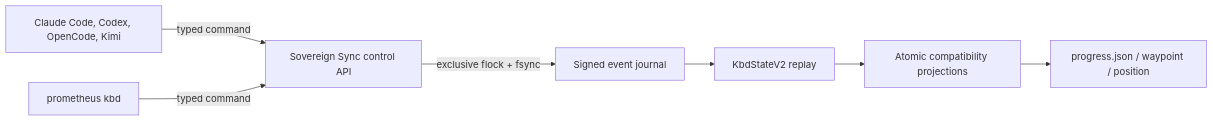
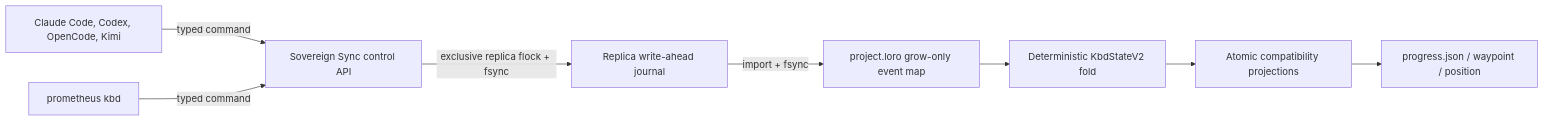
One commit to Prometheus-AGS/prometheus-skill-system changed the diagram in site/docs/kbd/control-plane.md. Above: the diagram before and after it, drawn with Mermaid. The commit also changed other lines of this file and 18 other files, not shown here.

Commit message:
feat(kbd): make Loro the project authority

````diff
--- a/site/docs/kbd/control-plane.md
+++ b/site/docs/kbd/control-plane.md
@@ -16,9 +16,10 @@
 ```mermaid
 flowchart LR
     H["Claude Code, Codex, OpenCode, Kimi"] -->|"typed command"| C["Sovereign Sync control API"]
     CLI["prometheus kbd"] -->|"typed command"| C
-    C -->|"exclusive flock + fsync"| E["Signed event journal"]
-    E --> S["KbdStateV2 replay"]
+    C -->|"exclusive replica flock + fsync"| E["Replica write-ahead journal"]
+    E -->|"import + fsync"| L["project.loro grow-only event map"]
+    L --> S["Deterministic KbdStateV2 fold"]
     S --> P["Atomic compatibility projections"]
     P --> F["progress.json / waypoint / position"]
 ```
````
